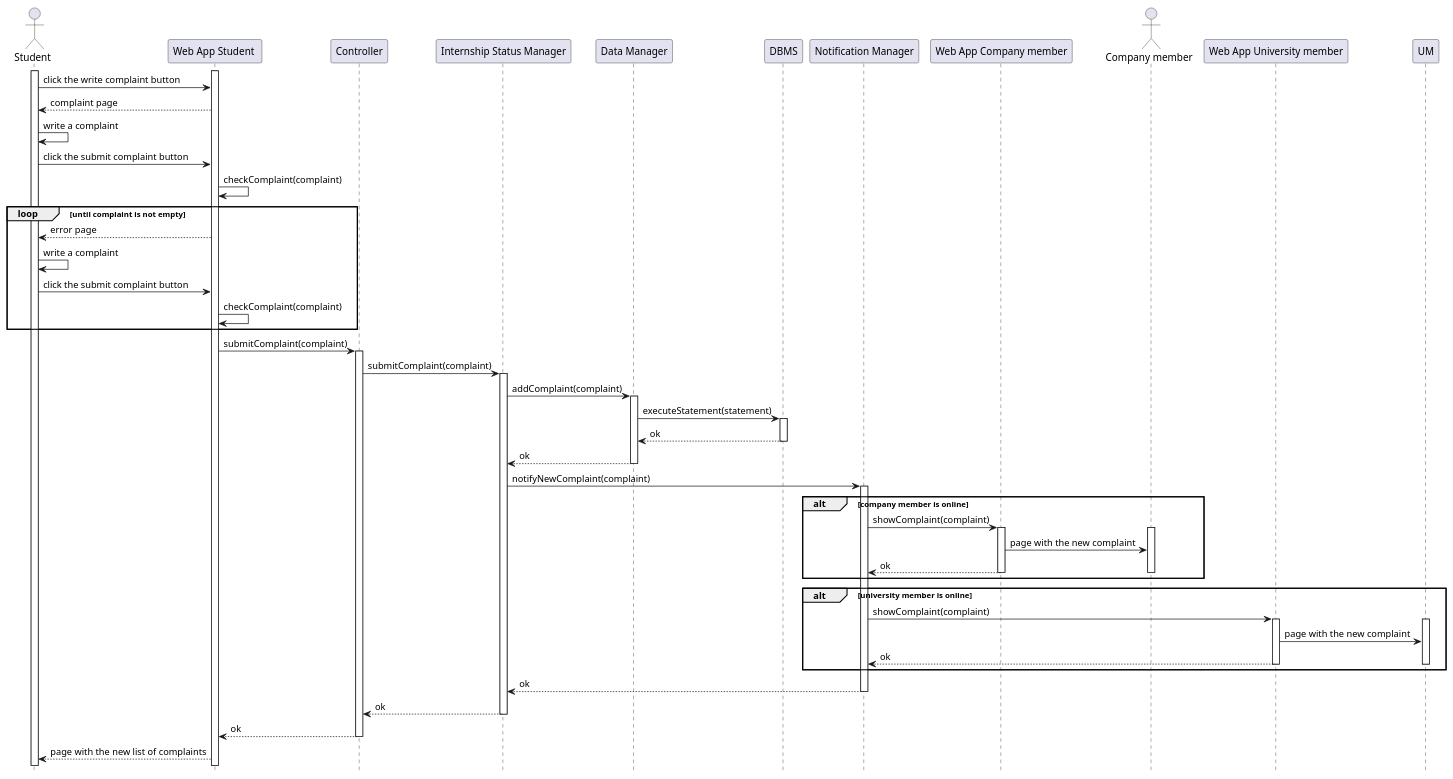
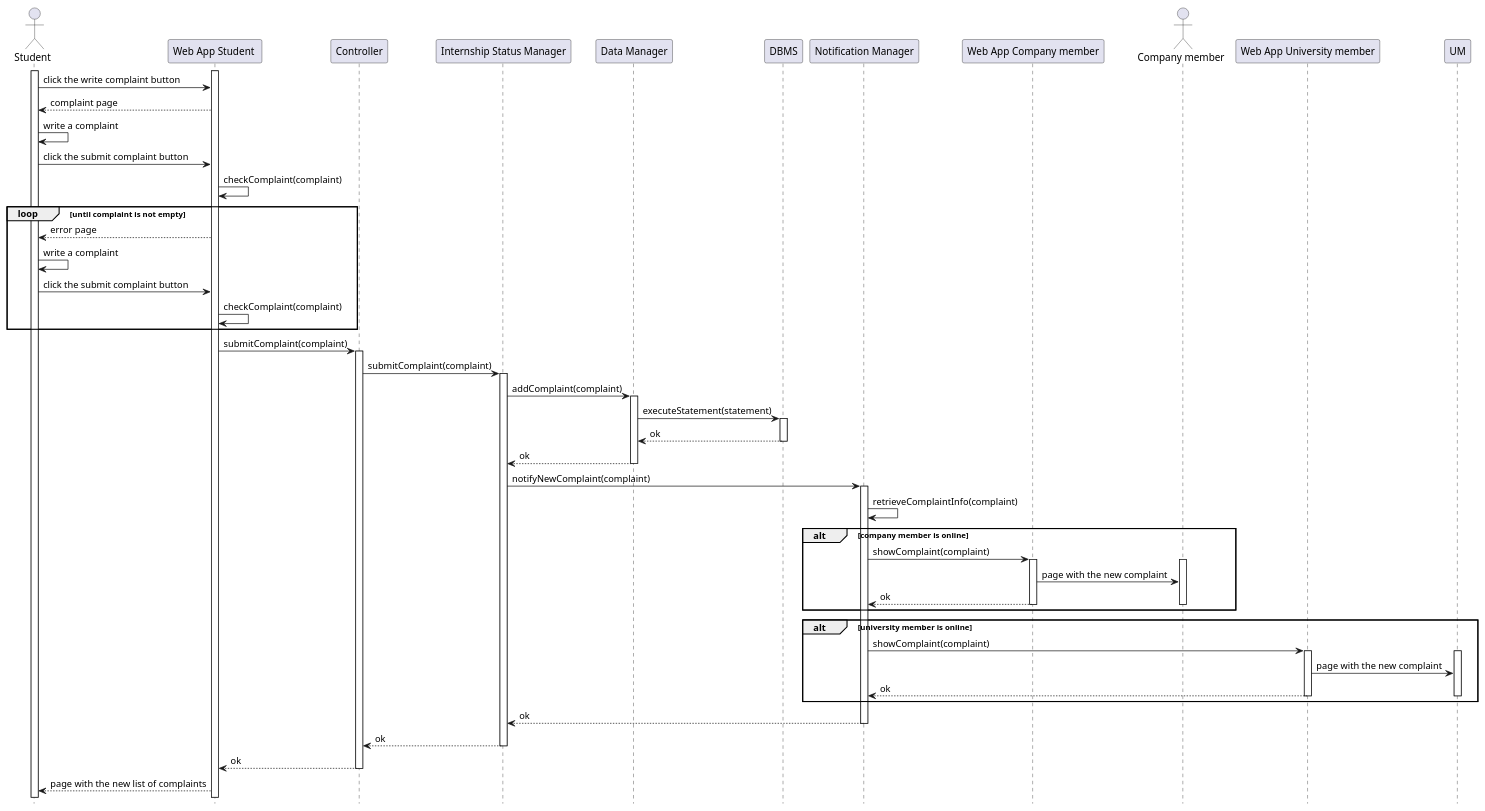
Before and after one commit to matti8702/R_and_DD_project_SE2: the diagram in DD/Architectural_design/uml_diagrams/RV26_diagram.puml, drawn with PlantUML. The commit also changed 7 other files, not shown here.

```diff
--- a/DD/Architectural_design/uml_diagrams/RV26_diagram.puml
+++ b/DD/Architectural_design/uml_diagrams/RV26_diagram.puml
@@ -1,68 +1,69 @@
 @startuml RV26_diagram
 hide footbox
 
 actor "Student" as ST
 participant "Web App Student " AS WAST
 participant "Controller" as C
 participant "Internship Status Manager" as IM
 participant "Data Manager" as DM
 participant "DBMS" as DB
 participant "Notification Manager" as NM
 participant "Web App Company member" AS WACM
 actor "Company member" as CM
 participant "Web App University member" AS WAUM
 
 activate ST
 activate WAST
 
 ST -> WAST : click the write complaint button
 WAST --> ST : complaint page
 ST -> ST  : write a complaint
 ST -> WAST : click the submit complaint button
 WAST -> WAST : checkComplaint(complaint)
 loop until complaint is not empty
     WAST --> ST : error page
     ST -> ST : write a complaint
     ST -> WAST : click the submit complaint button
     WAST -> WAST : checkComplaint(complaint)
 end
 WAST -> C  : submitComplaint(complaint)
 activate C
 C -> IM    : submitComplaint(complaint)
 activate IM
 IM -> DM   : addComplaint(complaint)
 activate DM
 DM -> DB   : executeStatement(statement)
 activate DB
 DB --> DM  : ok
 deactivate DB
 DM --> IM  : ok
 deactivate DM
 IM -> NM  : notifyNewComplaint(complaint)
 activate NM
+NM -> NM : retrieveComplaintInfo(complaint)
 alt company member is online
     NM -> WACM : showComplaint(complaint)
     activate WACM
     activate CM
     WACM -> CM : page with the new complaint
     WACM --> NM : ok
     deactivate WACM
     deactivate CM
 end 
 alt university member is online
     NM -> WAUM : showComplaint(complaint)
     activate WAUM
     activate UM
     WAUM -> UM : page with the new complaint
     WAUM --> NM : ok
     deactivate WAUM
     deactivate UM
 end 
 NM --> IM : ok
 deactivate NM
 IM --> C : ok
 deactivate IM
 C --> WAST : ok
 deactivate C
 WAST --> ST : page with the new list of complaints
 @enduml
```
